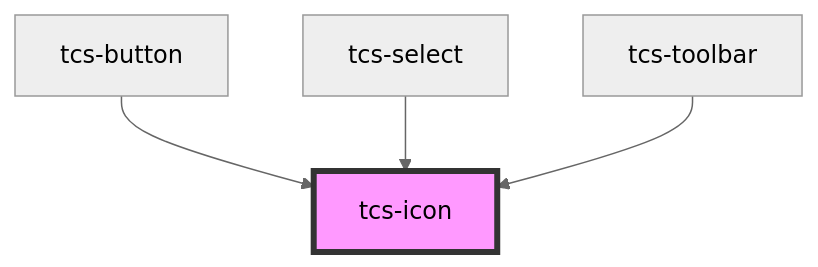
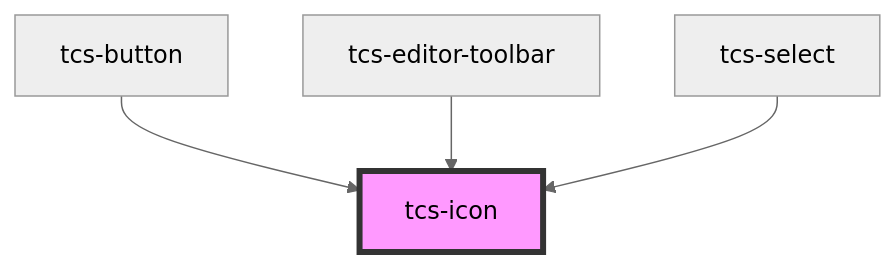
The diagram in src/components/tcs-icon/readme.md (scribes-app/tei-component-suite), drawn with Mermaid (neutral theme) before and after one commit. The commit also changed other lines of this file and 17 other files, not shown here.

````diff
--- a/src/components/tcs-icon/readme.md
+++ b/src/components/tcs-icon/readme.md
@@ -33,7 +33,7 @@
 ```mermaid
 graph TD;
   tcs-button --> tcs-icon
+  tcs-editor-toolbar --> tcs-icon
   tcs-select --> tcs-icon
-  tcs-toolbar --> tcs-icon
   style tcs-icon fill:#f9f,stroke:#333,stroke-width:4px
 ```
````
